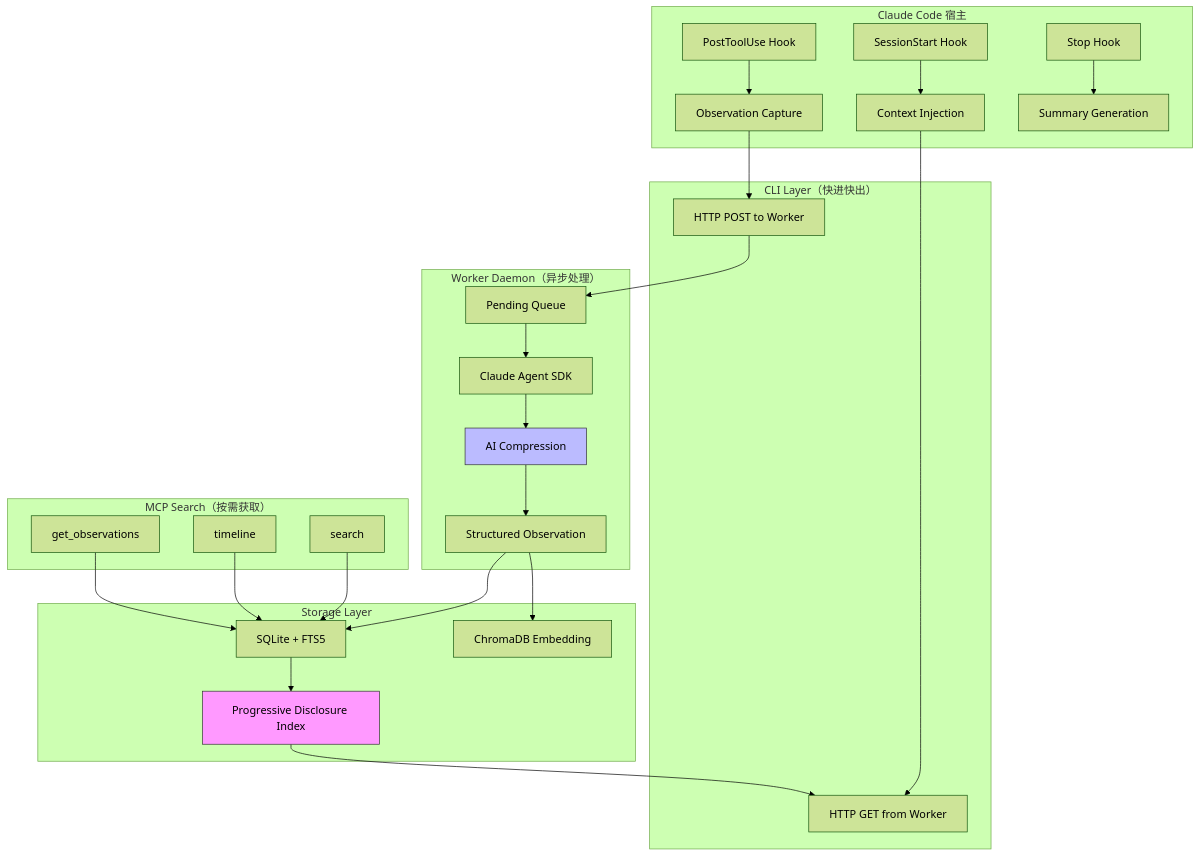
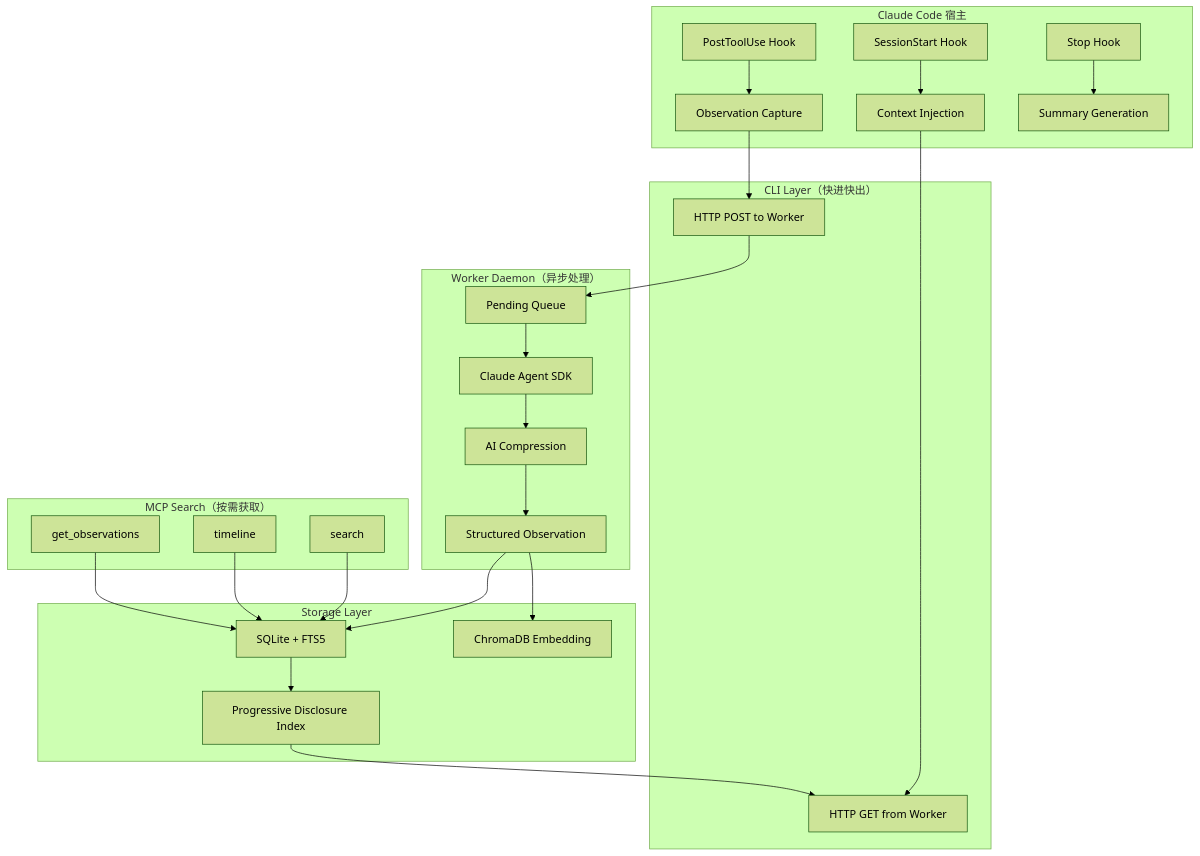
One commit to diguike/book-claude-mem changed the diagram in 00-preface/README.md. Above: the diagram before and after it, drawn with Mermaid (forest theme). The commit also changed other lines of this file and 25 other files, not shown here.

First line of the commit message:
fix: correct source-code inaccuracies, add diagrams across all chapters

````diff
--- a/00-preface/README.md
+++ b/00-preface/README.md
@@ -63,36 +64,34 @@
 ```mermaid
 graph TB
     subgraph "Claude Code 宿主"
         A[SessionStart Hook] --> B[Context Injection]
         C[PostToolUse Hook] --> D[Observation Capture]
         E[Stop Hook] --> F[Summary Generation]
     end
 
     subgraph "CLI Layer（快进快出）"
         D --> G[HTTP POST to Worker]
         B --> H[HTTP GET from Worker]
     end
 
     subgraph "Worker Daemon（异步处理）"
         G --> I[Pending Queue]
         I --> J[Claude Agent SDK]
         J --> K[AI Compression]
         K --> L[Structured Observation]
     end
 
     subgraph "Storage Layer"
         L --> M[SQLite + FTS5]
         L --> N[ChromaDB Embedding]
         M --> O[Progressive Disclosure Index]
         O --> H
     end
 
     subgraph "MCP Search（按需获取）"
         P[search] --> M
         Q[timeline] --> M
         R[get_observations] --> M
     end
 
-    style O fill:#f9f,stroke:#333
-    style K fill:#bbf,stroke:#333
 ```
````
